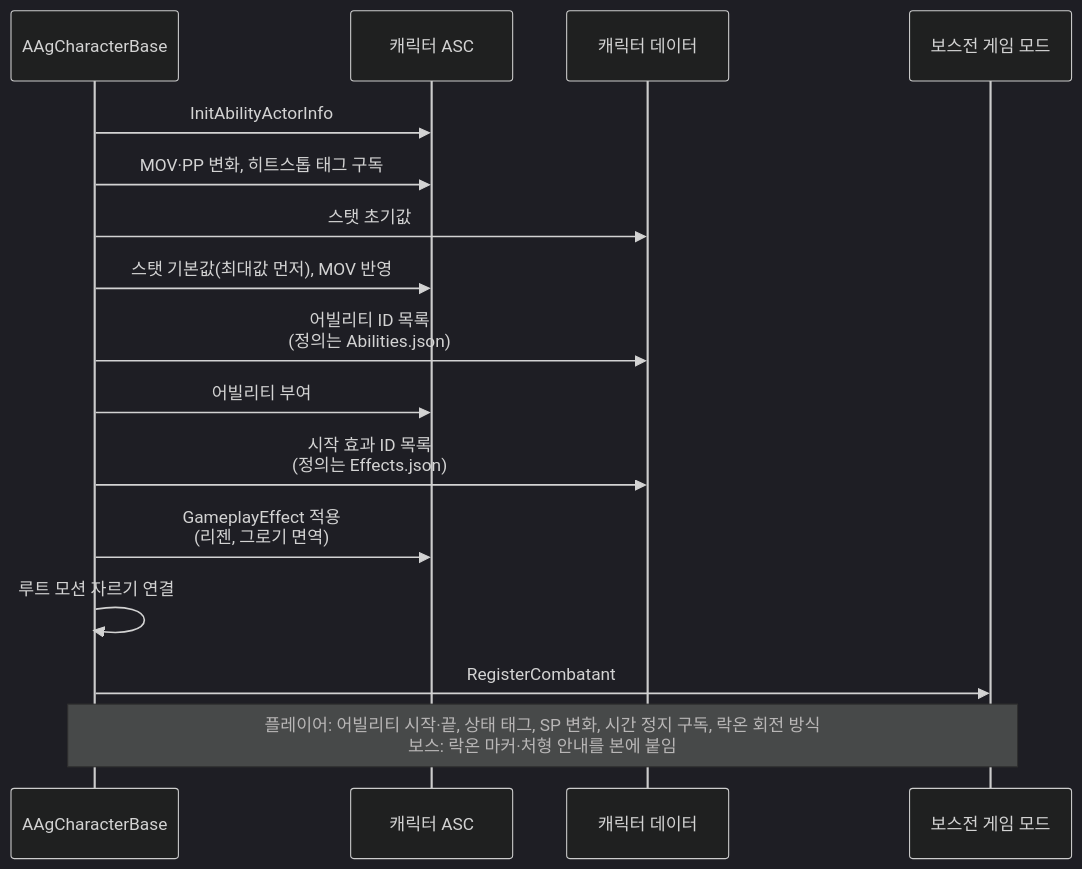
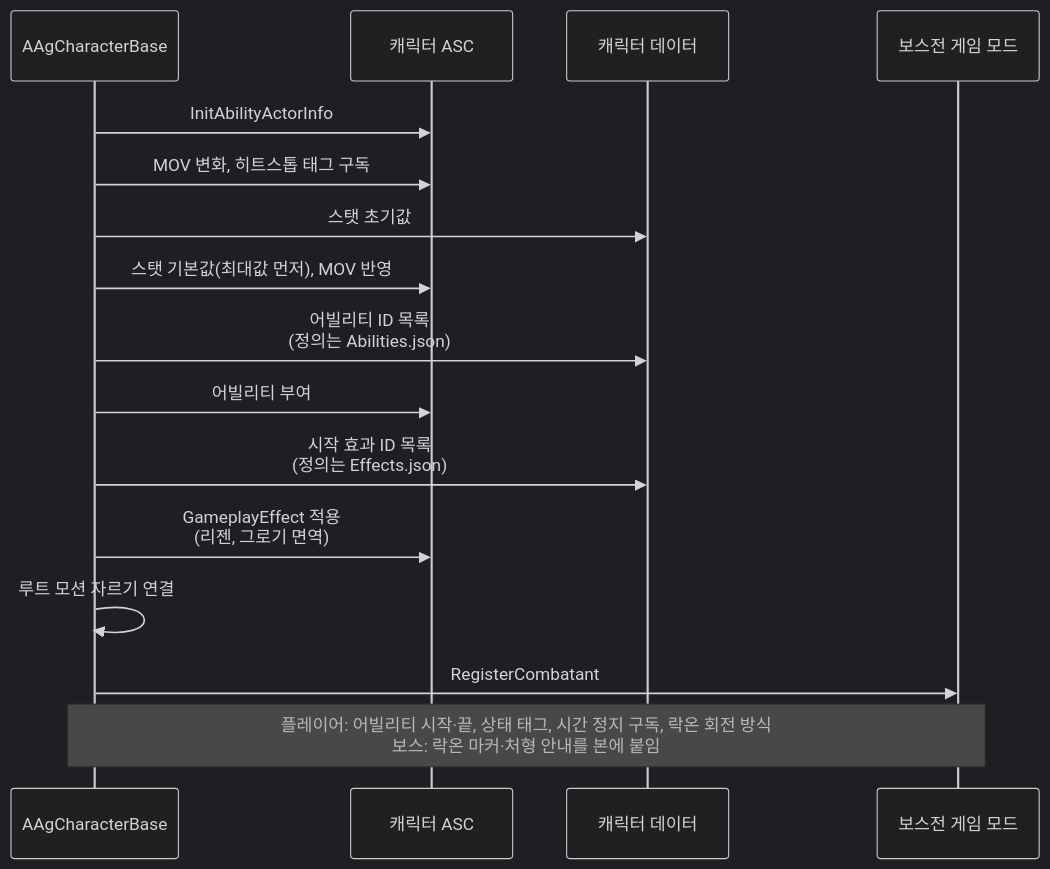
The third of 4 diagrams in Docs/Program/캐릭터와 GAS.md (Woogl/Ag), drawn with Mermaid (dark theme) before and after one commit. The commit also changed other lines of this file and 34 other files, not shown here.

````diff
--- a/Docs/Program/캐릭터와 GAS.md
+++ b/Docs/Program/캐릭터와 GAS.md
@@ -103,18 +103,18 @@
 ```mermaid
 sequenceDiagram
     participant C as AAgCharacterBase
     participant ASC as 캐릭터 ASC
     participant D as 캐릭터 데이터
     participant GM as 보스전 게임 모드
     C->>ASC: InitAbilityActorInfo
-    C->>ASC: MOV·PP 변화, 히트스톱 태그 구독
+    C->>ASC: MOV 변화, 히트스톱 태그 구독
     C->>D: 스탯 초기값
     C->>ASC: 스탯 기본값(최대값 먼저), MOV 반영
     C->>D: 어빌리티 ID 목록<br>(정의는 Abilities.json)
     C->>ASC: 어빌리티 부여
     C->>D: 시작 효과 ID 목록<br>(정의는 Effects.json)
     C->>ASC: GameplayEffect 적용<br>(리젠, 그로기 면역)
     C->>C: 루트 모션 자르기 연결
     C->>GM: RegisterCombatant
-    Note over C,GM: 플레이어: 어빌리티 시작·끝, 상태 태그, SP 변화, 시간 정지 구독, 락온 회전 방식<br>보스: 락온 마커·처형 안내를 본에 붙임
+    Note over C,GM: 플레이어: 어빌리티 시작·끝, 상태 태그, 시간 정지 구독, 락온 회전 방식<br>보스: 락온 마커·처형 안내를 본에 붙임
 ```
````
